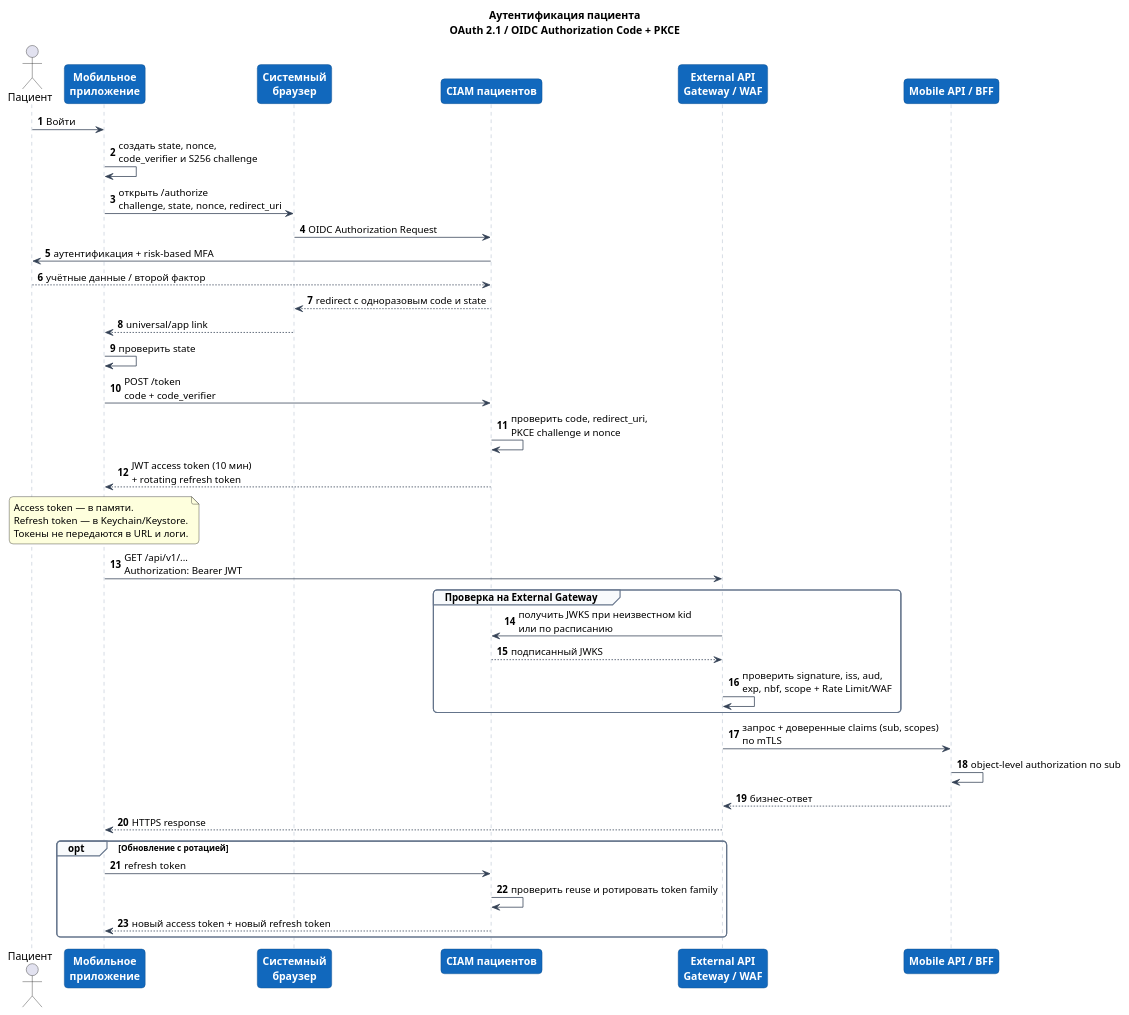
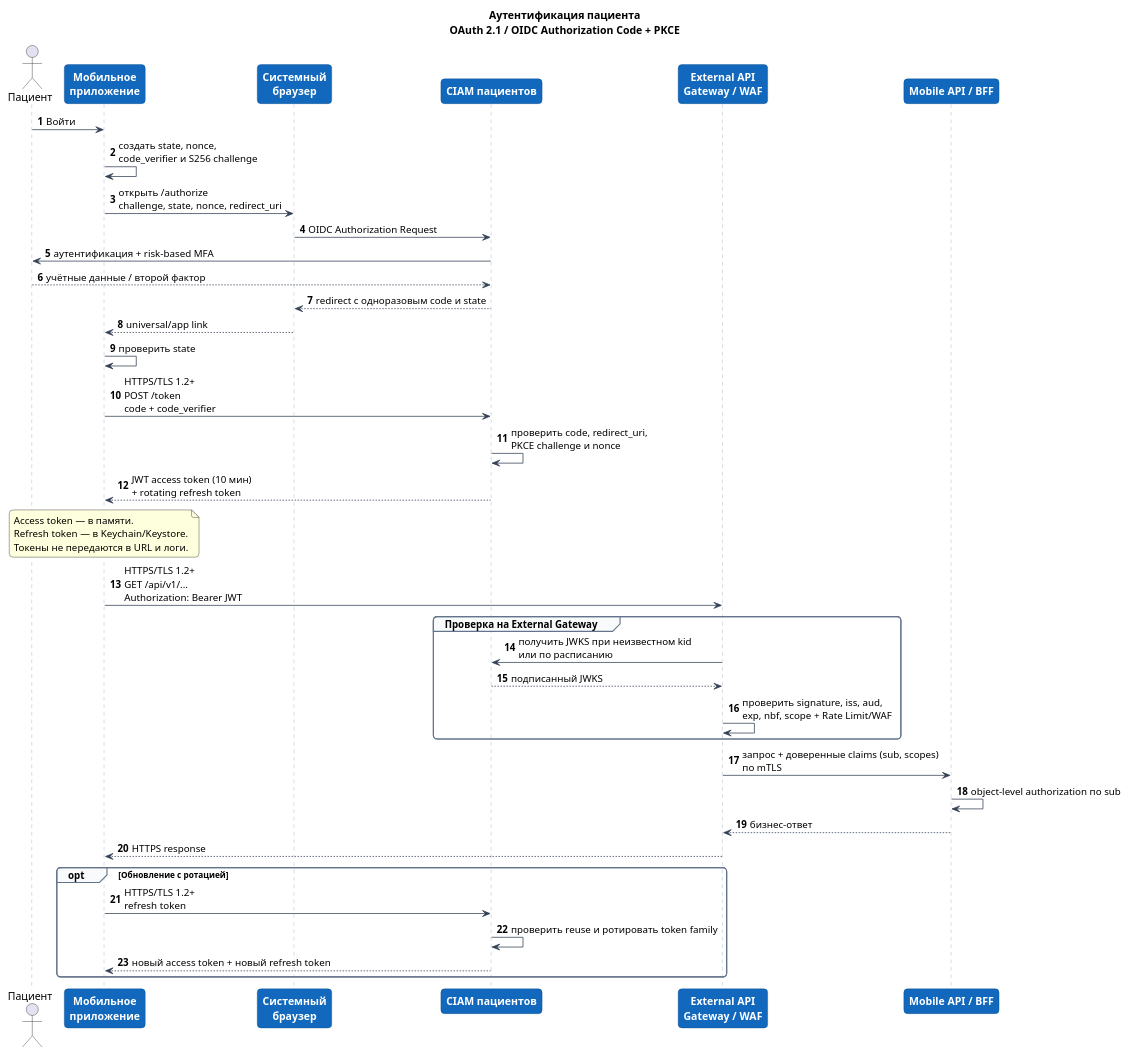
Before and after one commit to NovikovMS/Solution-Health: the diagram in Task4.3/mobile-auth.puml, drawn with PlantUML. The commit also changed 17 other files, not shown here.

```diff
--- a/Task4.3/mobile-auth.puml
+++ b/Task4.3/mobile-auth.puml
@@ -1,64 +1,64 @@
 @startuml
 title Аутентификация пациента\nOAuth 2.1 / OIDC Authorization Code + PKCE
 
 skinparam backgroundColor white
 skinparam shadowing false
 skinparam roundcorner 10
 skinparam sequence {
   ArrowColor #334155
   LifeLineBorderColor #94A3B8
   LifeLineBackgroundColor white
   ParticipantBorderColor #0B4884
   ParticipantBackgroundColor #1168BD
   ParticipantFontColor white
   ParticipantFontStyle bold
   GroupBorderColor #64748B
   GroupBackgroundColor #F8FAFC
 }
 
 autonumber
 
 actor "Пациент" as Patient
 participant "Мобильное\nприложение" as Mobile
 participant "Системный\nбраузер" as Browser
 participant "CIAM пациентов" as CIAM
 participant "External API\nGateway / WAF" as Gateway
 participant "Mobile API / BFF" as BFF
 
 Patient -> Mobile: Войти
 Mobile -> Mobile: создать state, nonce,\ncode_verifier и S256 challenge
 Mobile -> Browser: открыть /authorize\nchallenge, state, nonce, redirect_uri
 Browser -> CIAM: OIDC Authorization Request
 CIAM -> Patient: аутентификация + risk-based MFA
 Patient --> CIAM: учётные данные / второй фактор
 CIAM --> Browser: redirect с одноразовым code и state
 Browser --> Mobile: universal/app link
 Mobile -> Mobile: проверить state
 
-Mobile -> CIAM: POST /token\ncode + code_verifier
+Mobile -> CIAM: HTTPS/TLS 1.2+\nPOST /token\ncode + code_verifier
 CIAM -> CIAM: проверить code, redirect_uri,\nPKCE challenge и nonce
 CIAM --> Mobile: JWT access token (10 мин)\n+ rotating refresh token
 note over Mobile
   Access token — в памяти.
   Refresh token — в Keychain/Keystore.
   Токены не передаются в URL и логи.
 end note
 
-Mobile -> Gateway: GET /api/v1/...\nAuthorization: Bearer JWT
+Mobile -> Gateway: HTTPS/TLS 1.2+\nGET /api/v1/...\nAuthorization: Bearer JWT
 group Проверка на External Gateway
   Gateway -> CIAM: получить JWKS при неизвестном kid\nили по расписанию
   CIAM --> Gateway: подписанный JWKS
   Gateway -> Gateway: проверить signature, iss, aud,\nexp, nbf, scope + Rate Limit/WAF
 end
 Gateway -> BFF: запрос + доверенные claims (sub, scopes)\nпо mTLS
 BFF -> BFF: object-level authorization по sub
 BFF --> Gateway: бизнес-ответ
 Gateway --> Mobile: HTTPS response
 
 opt Обновление с ротацией
-  Mobile -> CIAM: refresh token
+  Mobile -> CIAM: HTTPS/TLS 1.2+\nrefresh token
   CIAM -> CIAM: проверить reuse и ротировать token family
   CIAM --> Mobile: новый access token + новый refresh token
 end
 
 @enduml
```
